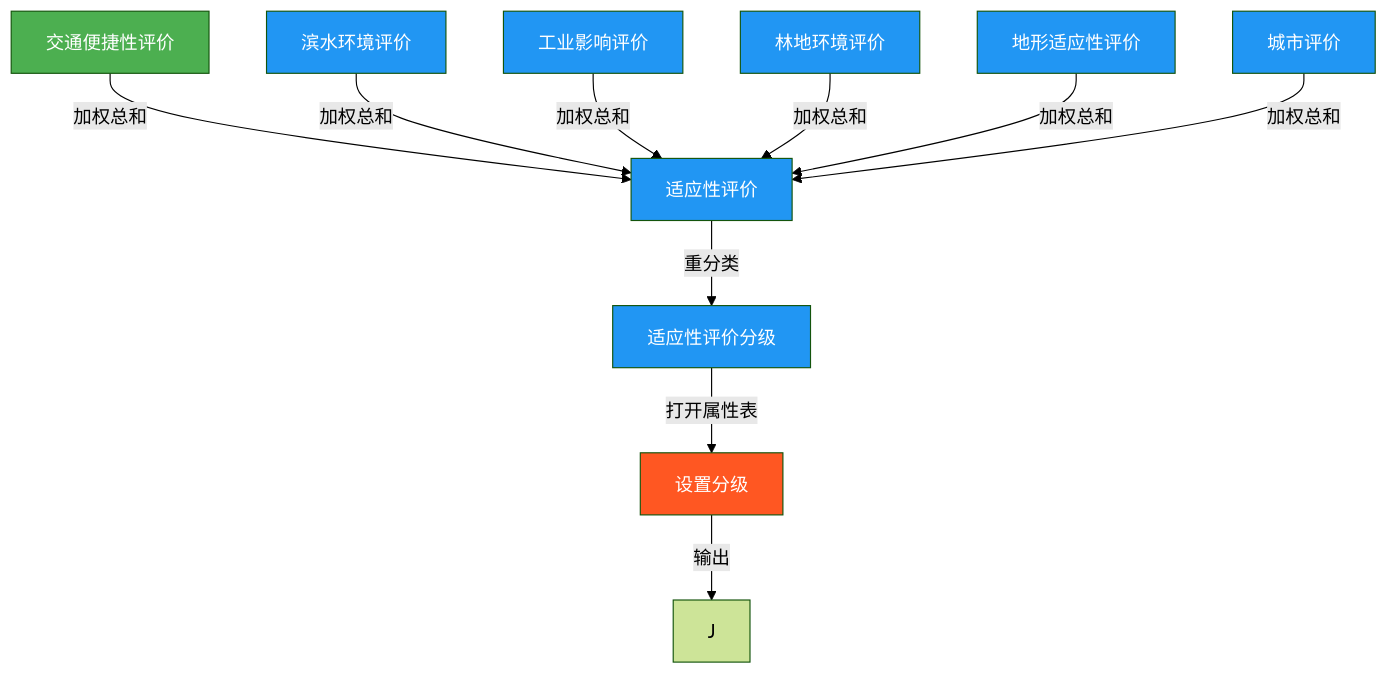
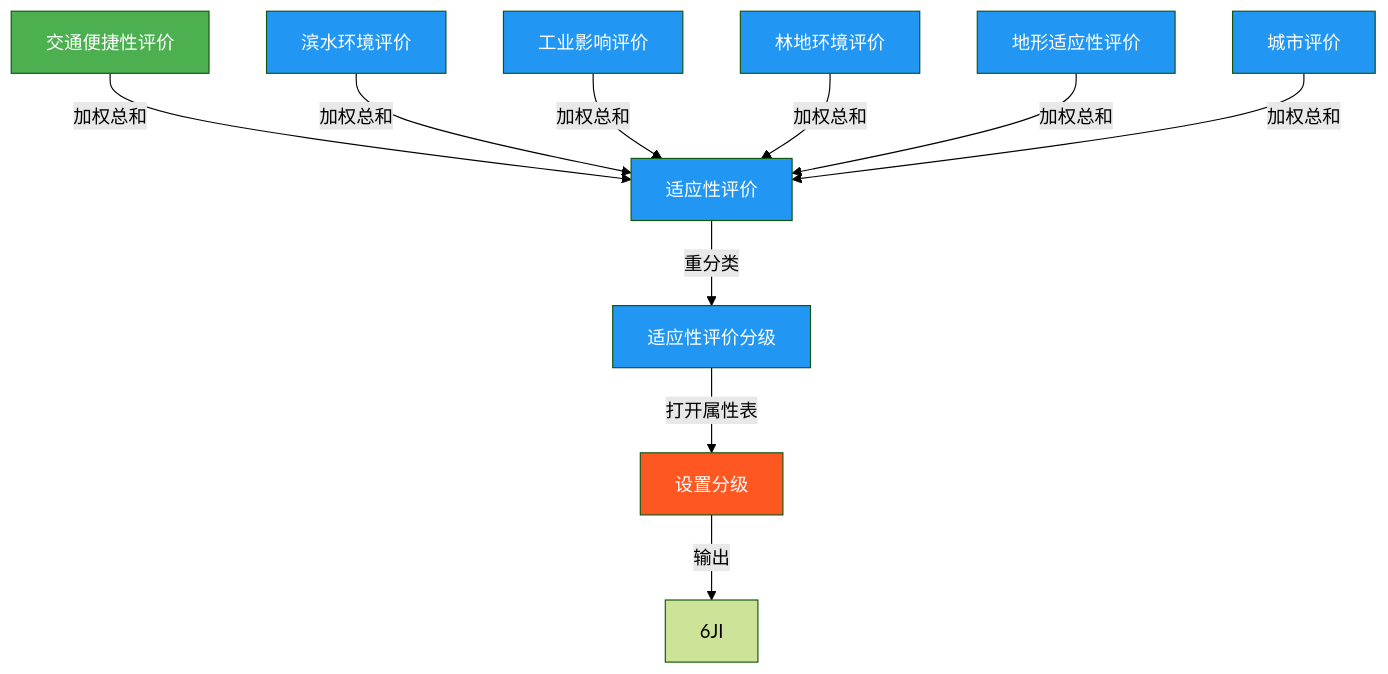
One commit to newguser/iodraw-files changed the diagram in all/未命名.md. Above: the diagram before and after it, drawn with Mermaid (forest theme).

Commit message:
2025-02-27 16:22:27 update

````diff
--- a/all/未命名.md
+++ b/all/未命名.md
@@ -1,17 +1,17 @@
 ```mermaid
 graph TD
     A[交通便捷性评价] -->|加权总和| B[适应性评价]
     C[滨水环境评价] -->|加权总和| B
     D[工业影响评价] -->|加权总和| B
     E[林地环境评价] -->|加权总和| B
     F[地形适应性评价] -->|加权总和| B
     G[城市评价] -->|加权总和| B
     B -->|重分类| H[适应性评价分级]
     H -->|打开属性表| I[设置分级]
-    I -->|输出| J
+    I -->|输出| J[6JI]
 
     style A fill:#4CAF50,color:white
     style I fill:#FF5722,color:white
     classDef process fill:#2196F3,color:white;
     class B,C,D,E,F,G,H process
 ```
````
